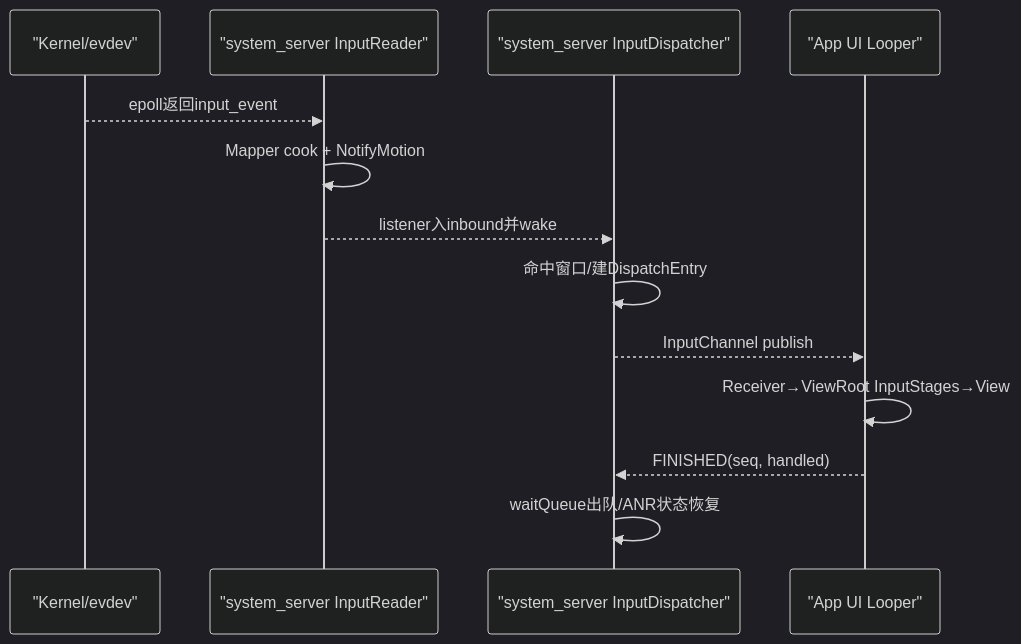
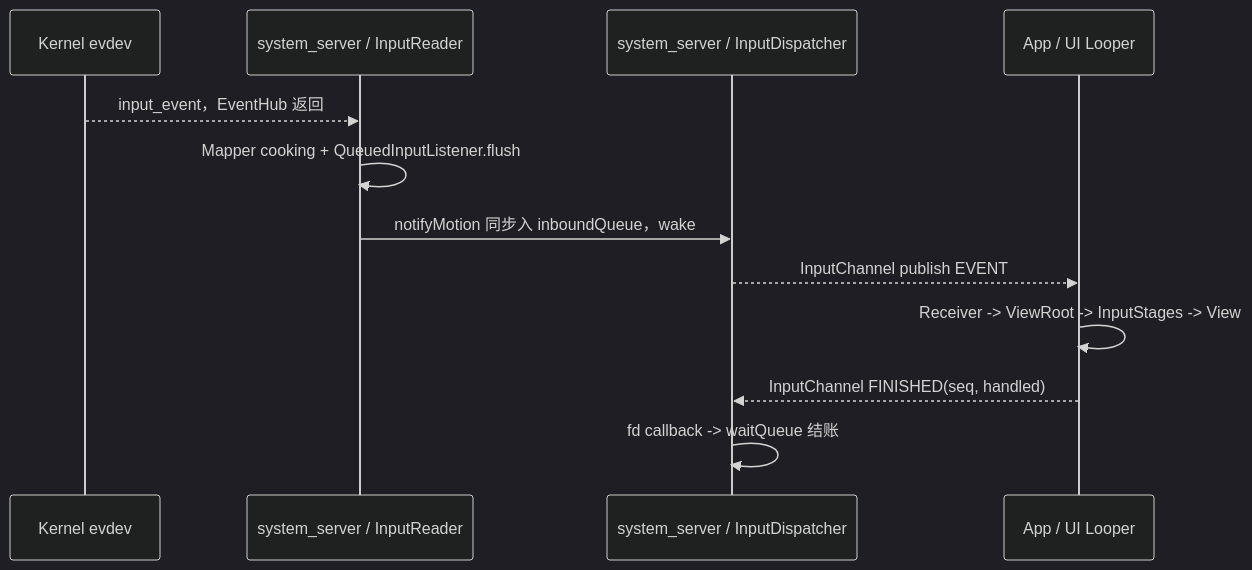
The first of 3 diagrams in Android源码学习/193-Android输入系统进程与线程总装图.md (junyingzhao001/StudyNotes), drawn with Mermaid (dark theme) before and after one commit. The commit also changed other lines of this file and 116 other files, not shown here.

````diff
--- a/Android源码学习/193-Android输入系统进程与线程总装图.md
+++ b/Android源码学习/193-Android输入系统进程与线程总装图.md
@@ -237,15 +68,15 @@
 ```mermaid
 sequenceDiagram
-  participant K as "Kernel/evdev"
-  participant R as "system_server InputReader"
-  participant D as "system_server InputDispatcher"
-  participant A as "App UI Looper"
-  K-->>R: epoll返回input_event
-  R->>R: Mapper cook + NotifyMotion
-  R-->>D: listener入inbound并wake
-  D->>D: 命中窗口/建DispatchEntry
-  D-->>A: InputChannel publish
-  A->>A: Receiver→ViewRoot InputStages→View
-  A-->>D: FINISHED(seq, handled)
-  D->>D: waitQueue出队/ANR状态恢复
+    participant K as Kernel evdev
+    participant R as system_server / InputReader
+    participant D as system_server / InputDispatcher
+    participant A as App / UI Looper
+
+    K-->>R: input_event，EventHub 返回
+    R->>R: Mapper cooking + QueuedInputListener.flush
+    R->>D: notifyMotion 同步入 inboundQueue，wake
+    D-->>A: InputChannel publish EVENT
+    A->>A: Receiver -> ViewRoot -> InputStages -> View
+    A-->>D: InputChannel FINISHED(seq, handled)
+    D->>D: fd callback -> waitQueue 结账
 ```
````
